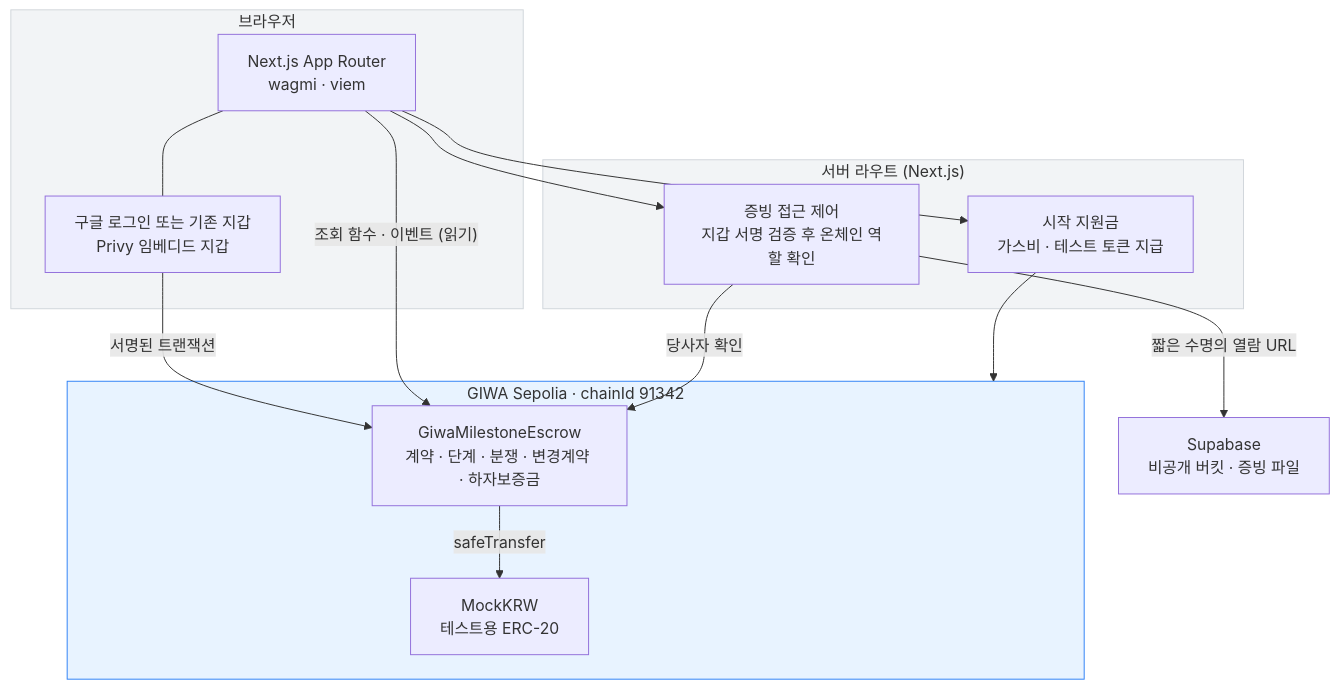
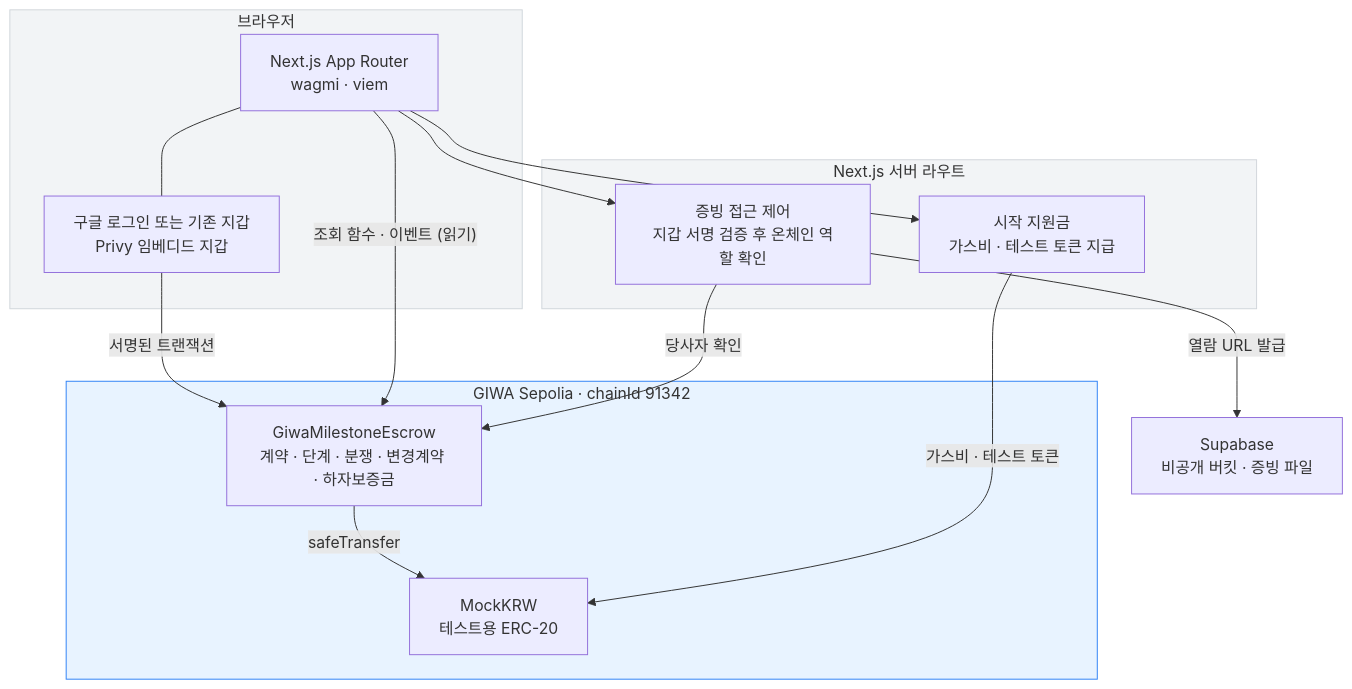
Before and after one commit to Wheninneed/giwa-trust-escrow: the diagram in README.md, drawn with Mermaid.

Commit message:
README 아키텍처 다이어그램이 GitHub에서 안 그려지던 문제
서브그래프를 화살표 대상으로 쓴 줄(starter --> chain)과 서브그래프 라벨의 괄호 제거

````diff
--- a/README.md
+++ b/README.md
@@ -74,33 +74,33 @@
 ```mermaid
 flowchart TB
     subgraph browser["브라우저"]
         login["구글 로그인 또는 기존 지갑<br/>Privy 임베디드 지갑"]
         web["Next.js App Router<br/>wagmi · viem"]
         web --- login
     end
 
-    subgraph server["서버 라우트 (Next.js)"]
+    subgraph server["Next.js 서버 라우트"]
         access["증빙 접근 제어<br/>지갑 서명 검증 후 온체인 역할 확인"]
         starter["시작 지원금<br/>가스비 · 테스트 토큰 지급"]
     end
 
     subgraph chain["GIWA Sepolia · chainId 91342"]
         escrow["GiwaMilestoneEscrow<br/>계약 · 단계 · 분쟁 · 변경계약 · 하자보증금"]
         token["MockKRW<br/>테스트용 ERC-20"]
         escrow -- "safeTransfer" --> token
     end
 
     store["Supabase<br/>비공개 버킷 · 증빙 파일"]
 
     login -- "서명된 트랜잭션" --> escrow
     web -- "조회 함수 · 이벤트 (읽기)" --> escrow
     web --> access
     web --> starter
     access -- "당사자 확인" --> escrow
-    access -- "짧은 수명의 열람 URL" --> store
-    starter --> chain
+    access -- "열람 URL 발급" --> store
+    starter -- "가스비 · 테스트 토큰" --> token
 
     style chain fill:#e8f3ff,stroke:#3182f6
     style browser fill:#f2f4f6,stroke:#d1d6db
     style server fill:#f2f4f6,stroke:#d1d6db
 ```
````
